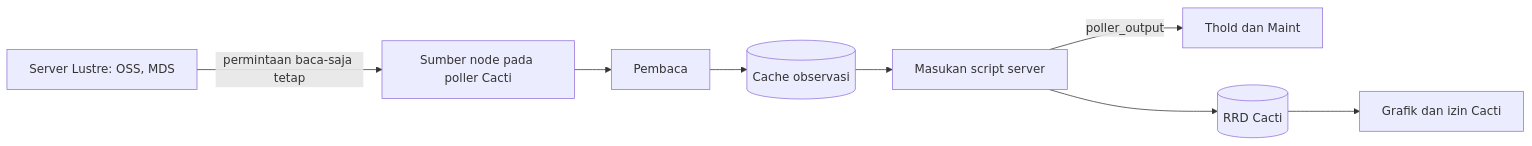
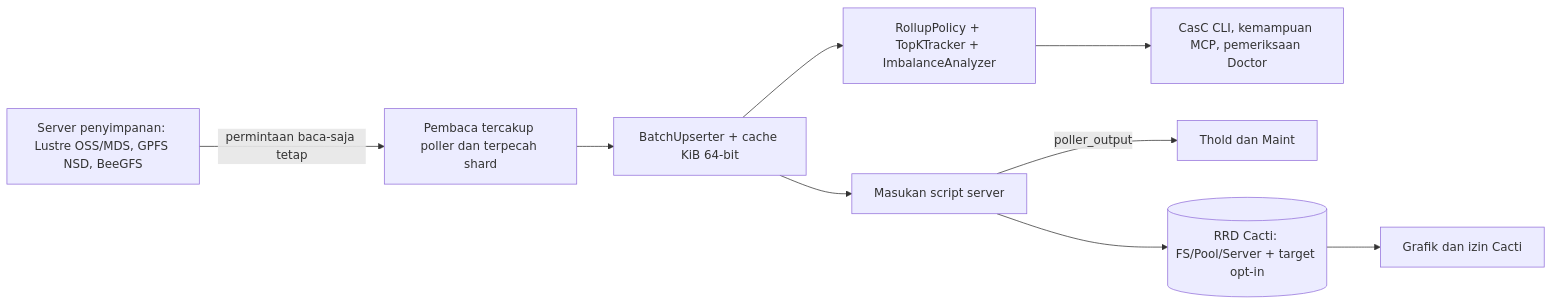
One commit to somethingwithproof/plugin_pfs changed the diagram in docs/i18n/id-ID/README.md. Above: the diagram before and after it, drawn with Mermaid. The commit also changed other lines of this file and 47 other files, not shown here.

````diff
--- a/docs/i18n/id-ID/README.md
+++ b/docs/i18n/id-ID/README.md
@@ -74,10 +82,11 @@
 ```mermaid
 flowchart LR
-    N[Server Lustre: OSS, MDS] -->|permintaan baca-saja tetap| S[Sumber node pada poller Cacti]
-    S --> R[Pembaca]
-    R --> C[(Cache observasi)]
-    C --> SS[Masukan script server]
+    N[Server penyimpanan: Lustre OSS/MDS, GPFS NSD, BeeGFS] -->|permintaan baca-saja tetap| S[Pembaca tercakup poller dan terpecah shard]
+    S --> B[BatchUpserter + cache KiB 64-bit]
+    B --> R[RollupPolicy + TopKTracker + ImbalanceAnalyzer]
+    B --> SS[Masukan script server]
+    R --> ECO[CasC CLI, kemampuan MCP, pemeriksaan Doctor]
     SS -->|poller_output| T[Thold dan Maint]
-    SS --> RRD[(RRD Cacti)]
+    SS --> RRD[(RRD Cacti: FS/Pool/Server + target opt-in)]
     RRD --> G[Grafik dan izin Cacti]
 ```
````
